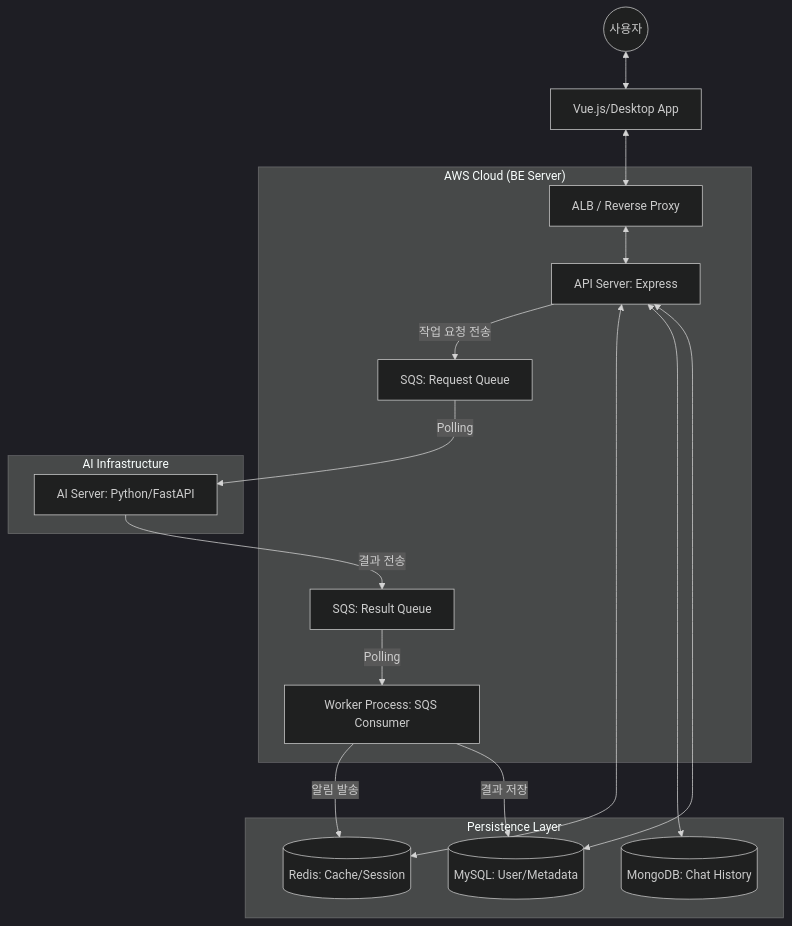
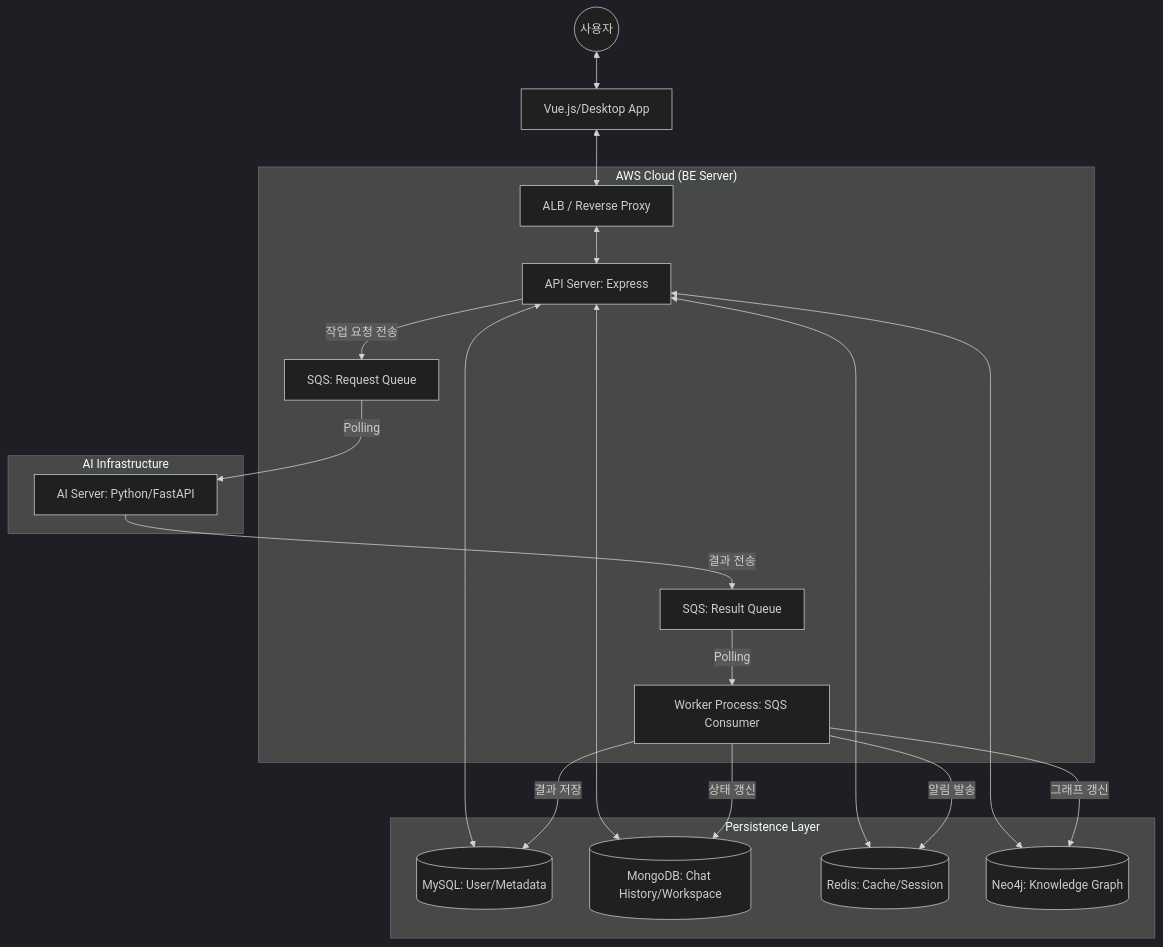
The diagram in docs/architecture/ARCHITECTURE.md (TACO-FOR-ALL/GraphNode_BE), drawn with Mermaid (dark theme) before and after one commit. The commit also changed other lines of this file and 36 other files, not shown here.

````diff
--- a/docs/architecture/ARCHITECTURE.md
+++ b/docs/architecture/ARCHITECTURE.md
@@ -9,40 +9,44 @@
 ```mermaid
 graph TD
     User((사용자))
     Client[Vue.js/Desktop App]
     
     subgraph "AWS Cloud (BE Server)"
         ALB[ALB / Reverse Proxy]
         API[API Server: Express]
         Worker[Worker Process: SQS Consumer]
         SQS_Req[SQS: Request Queue]
         SQS_Res[SQS: Result Queue]
     end
     
     subgraph "AI Infrastructure"
         AI_Server[AI Server: Python/FastAPI]
     end
     
     subgraph "Persistence Layer"
         MySQL[(MySQL: User/Metadata)]
-        Mongo[(MongoDB: Chat History)]
+        Mongo[(MongoDB: Chat History/Workspace)]
         Redis[(Redis: Cache/Session)]
+        Neo4j[(Neo4j: Knowledge Graph)]
     end
 
     User <--> Client
     Client <--> ALB
     ALB <--> API
     
     API <--> MySQL
     API <--> Mongo
     API <--> Redis
+    API <--> Neo4j
     
     API -- "작업 요청 전송" --> SQS_Req
     SQS_Req -- "Polling" --> AI_Server
     
     AI_Server -- "결과 전송" --> SQS_Res
     SQS_Res -- "Polling" --> Worker
     
     Worker -- "결과 저장" --> MySQL
+    Worker -- "상태 갱신" --> Mongo
+    Worker -- "그래프 갱신" --> Neo4j
     Worker -- "알림 발송" --> Redis
 ```
````
